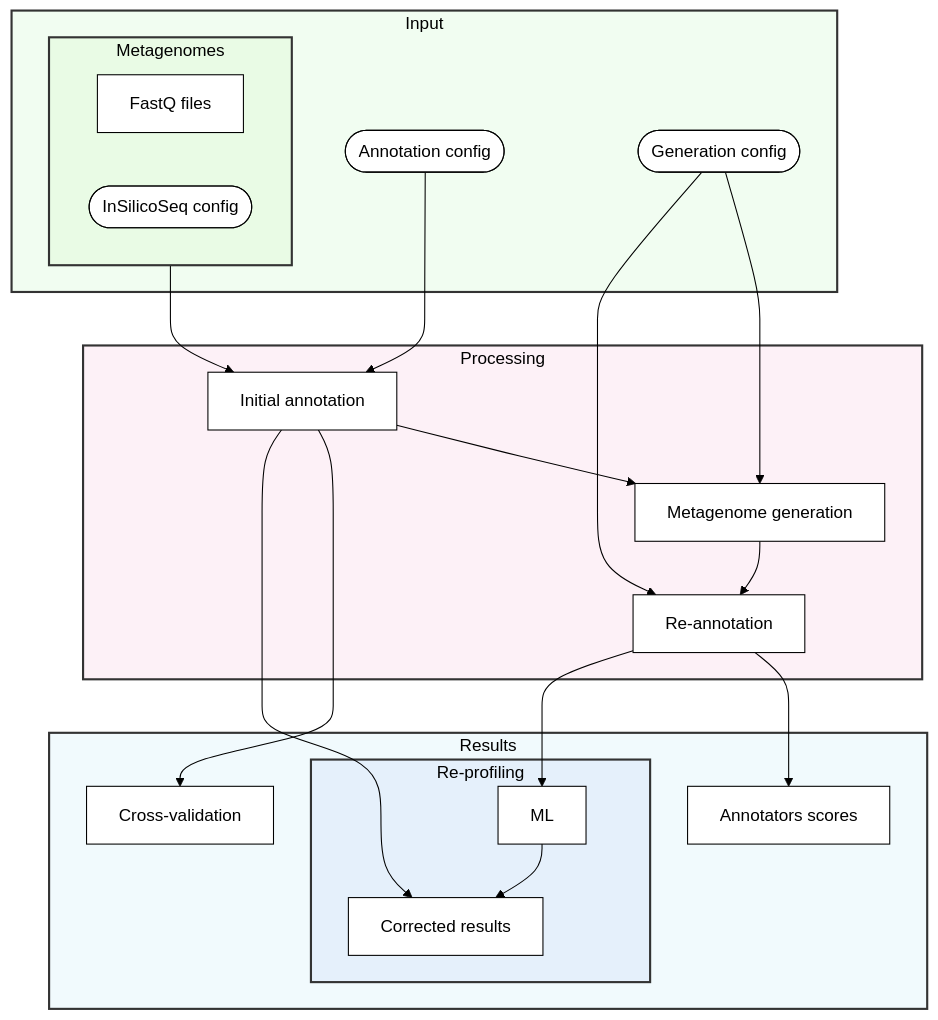
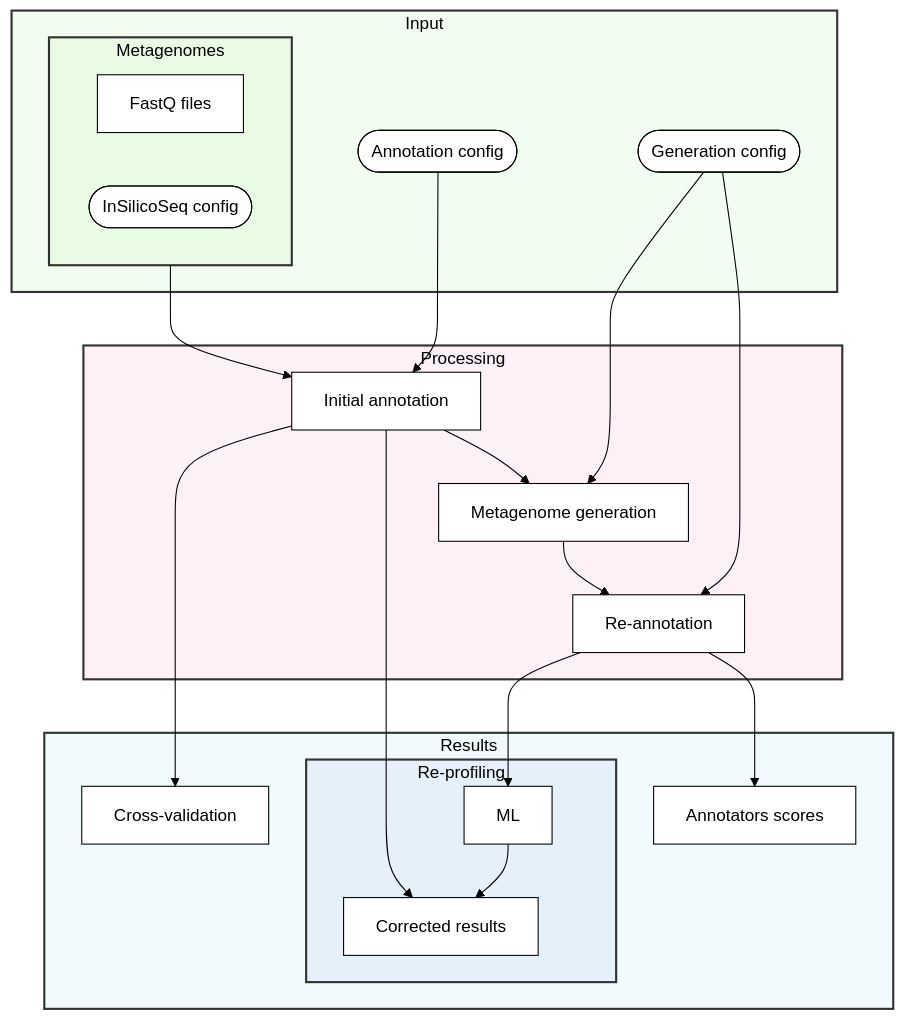
The second of 3 diagrams in README.md (ctlab/samovar), drawn with Mermaid before and after one commit. The commit also changed other lines of this file and 8 other files, not shown here.

````diff
--- a/README.md
+++ b/README.md
@@ -93,37 +84,37 @@
 ```mermaid
 %%{init: {'theme': 'base', 'themeVariables': { 'fontSize': '16px', 'fontFamily': 'arial', 'primaryColor': '#fff', 'primaryTextColor': '#000', 'primaryBorderColor': '#000', 'lineColor': '#000', 'secondaryColor': '#fff', 'tertiaryColor': '#fff'}}}%%
 graph TD
     subgraph Input
         subgraph Metagenomes
             A1[FastQ files]
             A2([InSilicoSeq config])
         end
         A3([Annotation config])
         A4([Generation config])
     end
 
     subgraph Processing
         Metagenomes --> C[Initial annotation]
         A3 --> C
         C --> E
-        A4 --> E[Metagenome generation]
         E --> F[Re-annotation]
         A4 --> F
+        A4 --> E[Metagenome generation]
     end
 
     subgraph Results
-        C --> C1[Cross-validation]
         F --> G1[Annotators scores]
         F --> ML
         subgraph Re-profiling
             C --> R
             ML --> R[Corrected results]
         end
+        C --> C1[Cross-validation]
     end
 
     style Input fill:#90ee9020,stroke:#333,stroke-width:2px
     style Metagenomes fill:#b2ee9020,stroke:#333,stroke-width:2px
     style Processing fill:#ee90bf20,stroke:#333,stroke-width:2px
     style Results fill:#90d8ee20,stroke:#333,stroke-width:2px
     style Re-profiling fill:#90a4ee20,stroke:#333,stroke-width:2px
 ```
````
